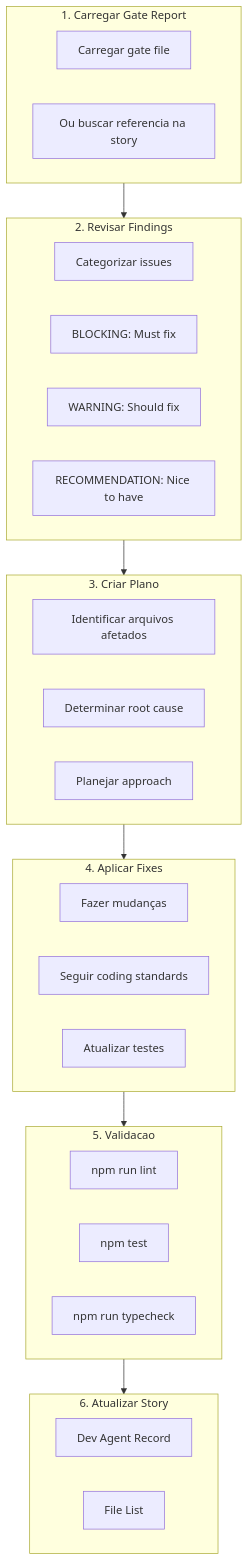
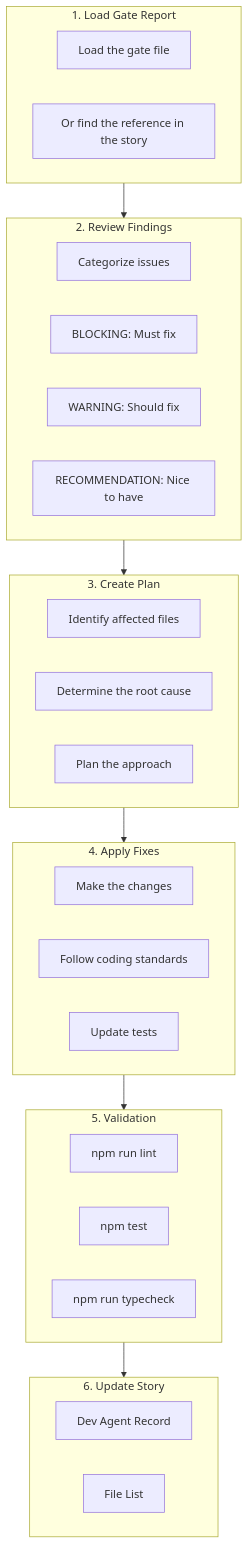
Before and after one commit to CyryxLabs/AEXOS: the eighth of 10 diagrams in docs/aexos-workflows/qa-loop-workflow.md, drawn with Mermaid. The commit also changed other lines of this file and 528 other files, not shown here.

````diff
--- a/docs/aexos-workflows/qa-loop-workflow.md
+++ b/docs/aexos-workflows/qa-loop-workflow.md
@@ -611,39 +611,39 @@
 ```mermaid
 flowchart TD
-    subgraph LOAD["1. Carregar Gate Report"]
-        L1["Carregar gate file"]
-        L2["Ou buscar referencia na story"]
+    subgraph LOAD["1. Load Gate Report"]
+        L1["Load the gate file"]
+        L2["Or find the reference in the story"]
     end
 
-    subgraph REVIEW["2. Revisar Findings"]
-        R1["Categorizar issues"]
+    subgraph REVIEW["2. Review Findings"]
+        R1["Categorize issues"]
         R2["BLOCKING: Must fix"]
         R3["WARNING: Should fix"]
         R4["RECOMMENDATION: Nice to have"]
     end
 
-    subgraph PLAN["3. Criar Plano"]
-        P1["Identificar arquivos afetados"]
-        P2["Determinar root cause"]
-        P3["Planejar approach"]
+    subgraph PLAN["3. Create Plan"]
+        P1["Identify affected files"]
+        P2["Determine the root cause"]
+        P3["Plan the approach"]
     end
 
-    subgraph FIX["4. Aplicar Fixes"]
-        F1["Fazer mudanças"]
-        F2["Seguir coding standards"]
-        F3["Atualizar testes"]
+    subgraph FIX["4. Apply Fixes"]
+        F1["Make the changes"]
+        F2["Follow coding standards"]
+        F3["Update tests"]
     end
 
-    subgraph VALIDATE["5. Validacao"]
+    subgraph VALIDATE["5. Validation"]
         V1["npm run lint"]
         V2["npm test"]
         V3["npm run typecheck"]
     end
 
-    subgraph UPDATE["6. Atualizar Story"]
+    subgraph UPDATE["6. Update Story"]
         U1["Dev Agent Record"]
         U2["File List"]
     end
 
     LOAD --> REVIEW --> PLAN --> FIX --> VALIDATE --> UPDATE
 ```
````
